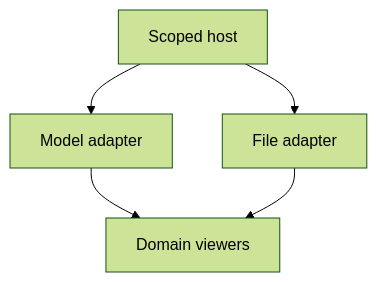
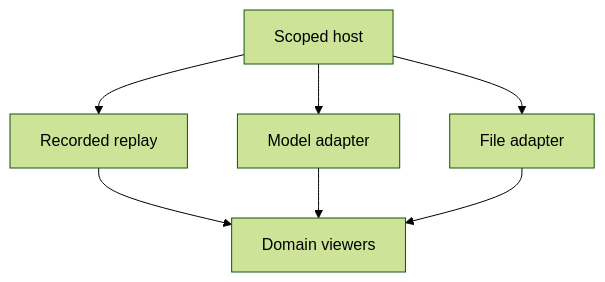
One commit to Valpatel/cad-agent changed the diagram in software/cadagent/webkit/host/README.md. Above: the diagram before and after it, drawn with Mermaid (forest theme). The commit also changed other lines of this file and 28 other files, not shown here.

````diff
--- a/software/cadagent/webkit/host/README.md
+++ b/software/cadagent/webkit/host/README.md
@@ -7,7 +8,9 @@
 ```mermaid
 flowchart TB
   H[Scoped host] --> A[Model adapter]
   H --> B[File adapter]
+  H --> R[Recorded replay]
+  R --> V
   A --> V[Domain viewers]
   B --> V
 ```
````
